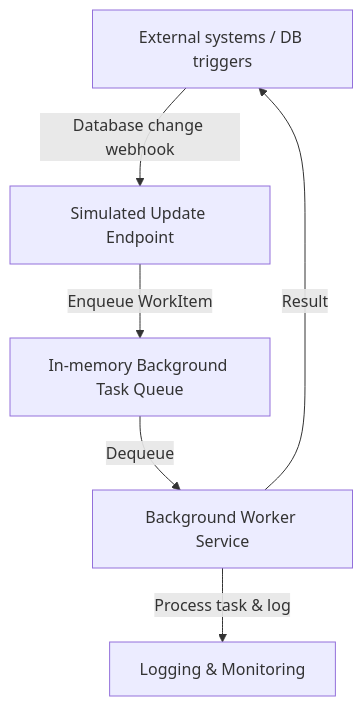
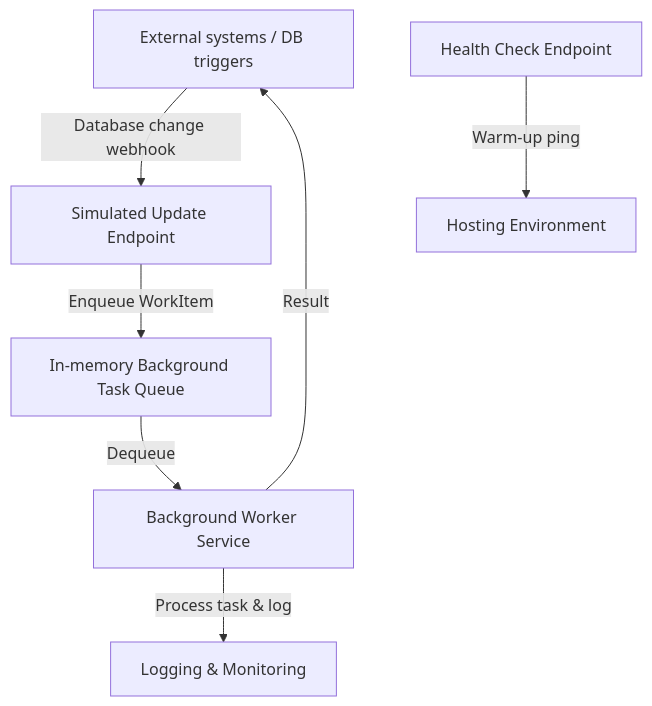
Before and after one commit to saqib-aslam-ganatra/BackgroundTaskQueueProcessingApp: the diagram in docs/design.md, drawn with Mermaid. The commit also changed other lines of this file and 8 other files, not shown here.

````diff
--- a/docs/design.md
+++ b/docs/design.md
@@ -13,14 +13,17 @@
 ```mermaid
 graph TD
     ExternalSystems[External systems / DB triggers]
     SimulatedEndpoint[Simulated Update Endpoint]
     BackgroundQueue[In-memory Background Task Queue]
     Worker[Background Worker Service]
     Logger[Logging & Monitoring]
+    HealthEndpoint[Health Check Endpoint]
+    HostingEnvironment[Hosting Environment]
 
     ExternalSystems -->|Database change webhook| SimulatedEndpoint
     SimulatedEndpoint -->|Enqueue WorkItem| BackgroundQueue
     BackgroundQueue -->|Dequeue| Worker
     Worker -->|Process task & log| Logger
     Worker -->|Result| ExternalSystems
+    HealthEndpoint -->|Warm-up ping| HostingEnvironment
 ```
````
